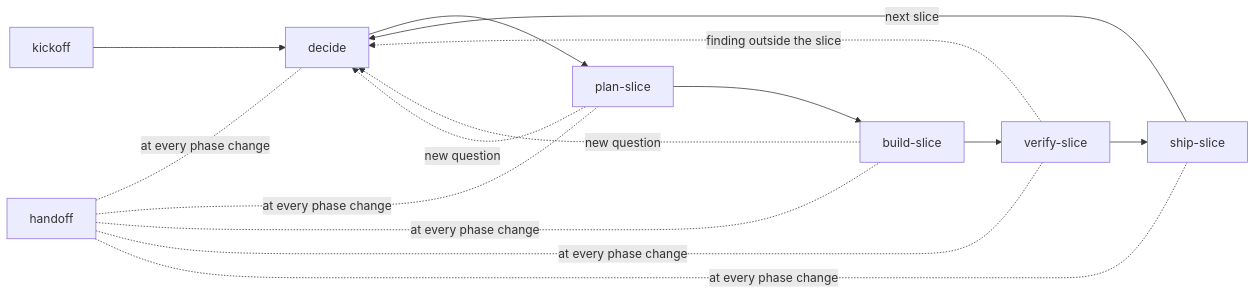
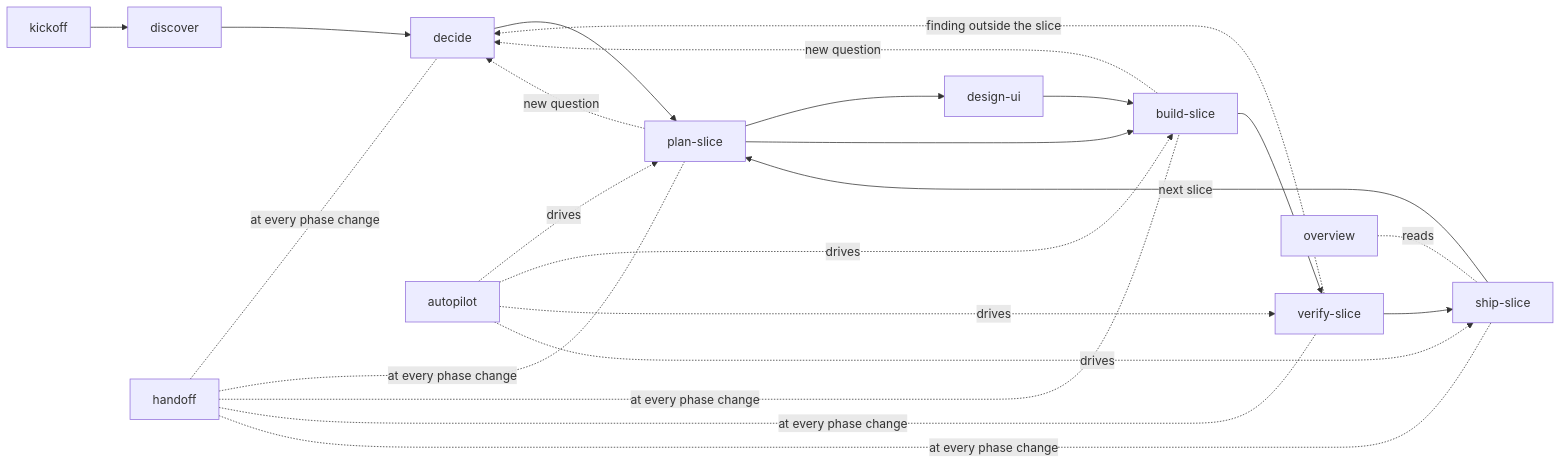
The diagram in README.md (RohitBind123/decide-build-ship), drawn with Mermaid before and after one commit. The commit also changed other lines of this file and 12 other files, not shown here.

````diff
--- a/README.md
+++ b/README.md
@@ -37,13 +103,18 @@
 ```mermaid
 flowchart LR
-    K[kickoff] --> D[decide]
+    K[kickoff] --> DI[discover]
+    DI --> D[decide]
     D --> P[plan-slice]
-    P --> B[build-slice]
+    P --> UI[design-ui]
+    UI --> B[build-slice]
+    P --> B
     B --> V[verify-slice]
     V --> S[ship-slice]
-    S -->|next slice| D
+    S -->|next slice| P
+    A[autopilot] -. drives .-> P & B & V & S
     P -. new question .-> D
     B -. new question .-> D
     V -. finding outside the slice .-> D
+    O[overview] -. reads .- S
     H[handoff] -. at every phase change .- D & P & B & V & S
 ```
````
